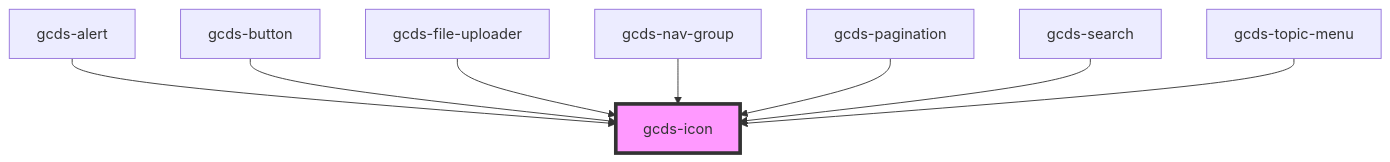
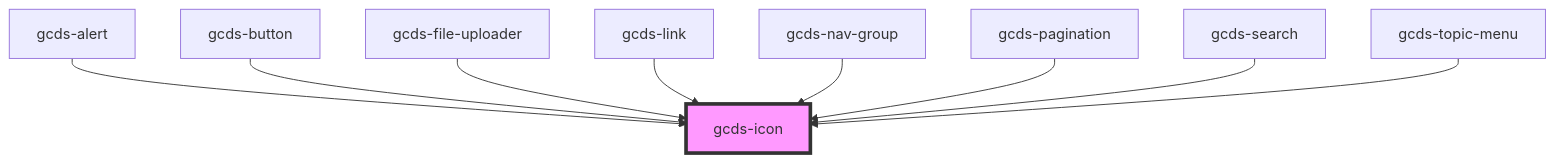
One commit to cds-snc/gcds-components changed the diagram in packages/web/src/components/gcds-icon/readme.md. Above: the diagram before and after it, drawn with Mermaid. The commit also changed other lines of this file and 8 other files, not shown here.

````diff
--- a/packages/web/src/components/gcds-icon/readme.md
+++ b/packages/web/src/components/gcds-icon/readme.md
@@ -34,11 +35,12 @@
 ```mermaid
 graph TD;
   gcds-alert --> gcds-icon
   gcds-button --> gcds-icon
   gcds-file-uploader --> gcds-icon
+  gcds-link --> gcds-icon
   gcds-nav-group --> gcds-icon
   gcds-pagination --> gcds-icon
   gcds-search --> gcds-icon
   gcds-topic-menu --> gcds-icon
   style gcds-icon fill:#f9f,stroke:#333,stroke-width:4px
 ```
````
